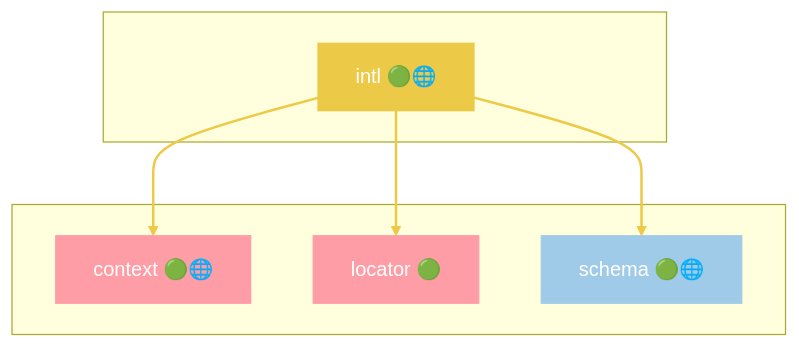
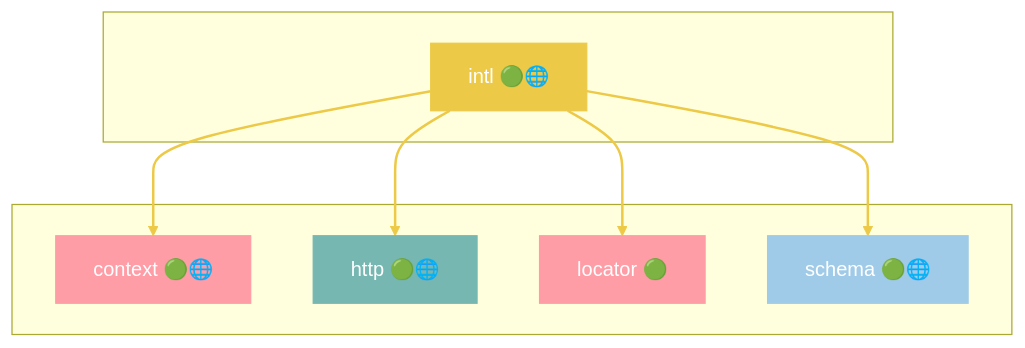
One commit to grest-ts/grest-ts changed diagram 25 of 45 in docs/DEPENDENCIES.md. Above: the diagram before and after it, drawn with Mermaid. The commit also changed other lines of this file and 91 other files, not shown here.

````diff
--- a/docs/DEPENDENCIES.md
+++ b/docs/DEPENDENCIES.md
@@ -1235,21 +1241,25 @@
 ```mermaid
 flowchart TB
     subgraph Package[" "]
         intl["intl 🟢🌐"]
     end
     subgraph Dependencies[" "]
         context["context 🟢🌐"]
+        http["http 🟢🌐"]
         locator["locator 🟢"]
         schema["schema 🟢🌐"]
     end
     intl --> context
+    intl --> http
     intl --> locator
     intl --> schema
     style intl fill:#EDC948,stroke:#EDC948,color:#fff
     style context fill:#FF9DA7,stroke:#FF9DA7,color:#fff
+    style http fill:#76B7B2,stroke:#76B7B2,color:#fff
     style locator fill:#FF9DA7,stroke:#FF9DA7,color:#fff
     style schema fill:#A0CBE8,stroke:#A0CBE8,color:#fff
     linkStyle 0 stroke:#EDC948,stroke-width:2px
     linkStyle 1 stroke:#EDC948,stroke-width:2px
     linkStyle 2 stroke:#EDC948,stroke-width:2px
+    linkStyle 3 stroke:#EDC948,stroke-width:2px
 ```
````
